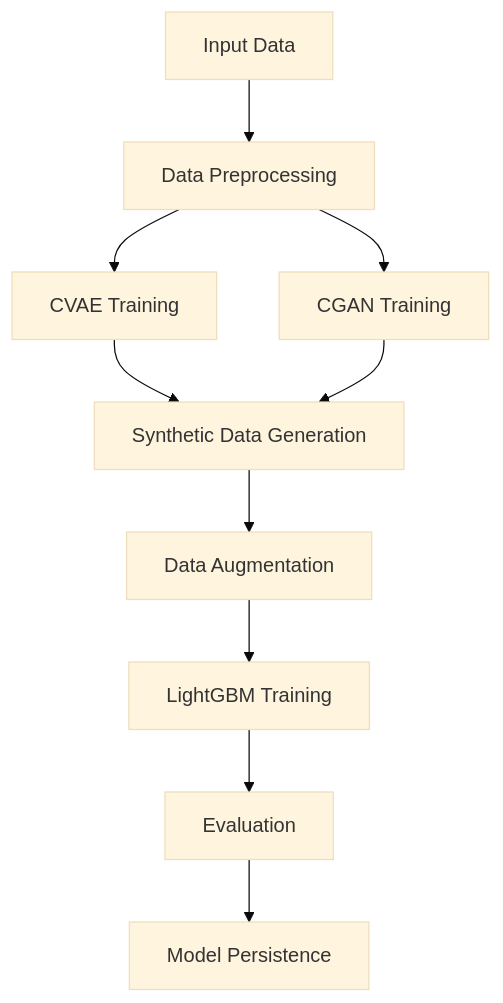
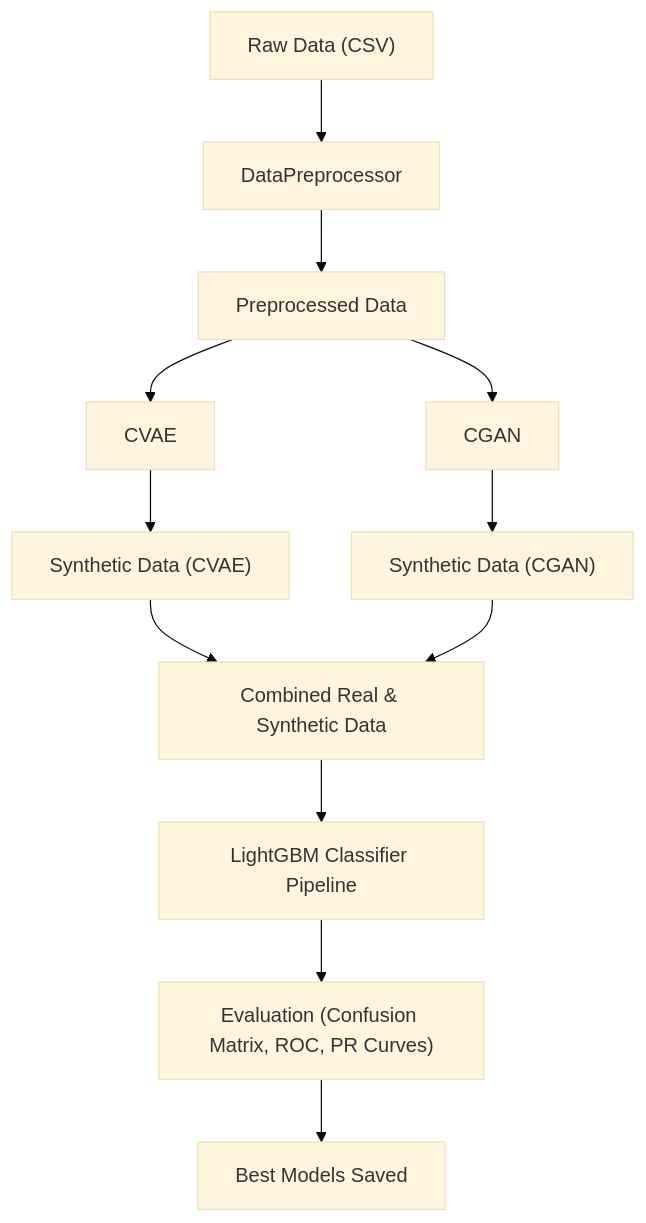
Before and after one commit to AliBavarchee/vaganboost: the diagram in README.md, drawn with Mermaid (base theme). The commit also changed other lines of this file and 17 other files, not shown here.

````diff
--- a/README.md
+++ b/README.md
@@ -150,12 +153,14 @@
 ```mermaid
 graph TD
-    A[Input Data] --> B[Data Preprocessing]
-    B --> C[CVAE Training]
-    B --> D[CGAN Training]
-    C --> E[Synthetic Data Generation]
-    D --> E
-    E --> F[Data Augmentation]
-    F --> G[LightGBM Training]
-    G --> H[Evaluation]
-    H --> I[Model Persistence]
+    A["Raw Data (CSV)"] --> B["DataPreprocessor"]
+    B --> C["Preprocessed Data"]
+    C --> D["CVAE"]
+    C --> E["CGAN"]
+    D --> F["Synthetic Data (CVAE)"]
+    E --> G["Synthetic Data (CGAN)"]
+    F --> H["Combined Real & Synthetic Data"]
+    G --> H
+    H --> I["LightGBM Classifier Pipeline"]
+    I --> J["Evaluation (Confusion Matrix, ROC, PR Curves)"]
+    J --> K["Best Models Saved"]
 ```
````
